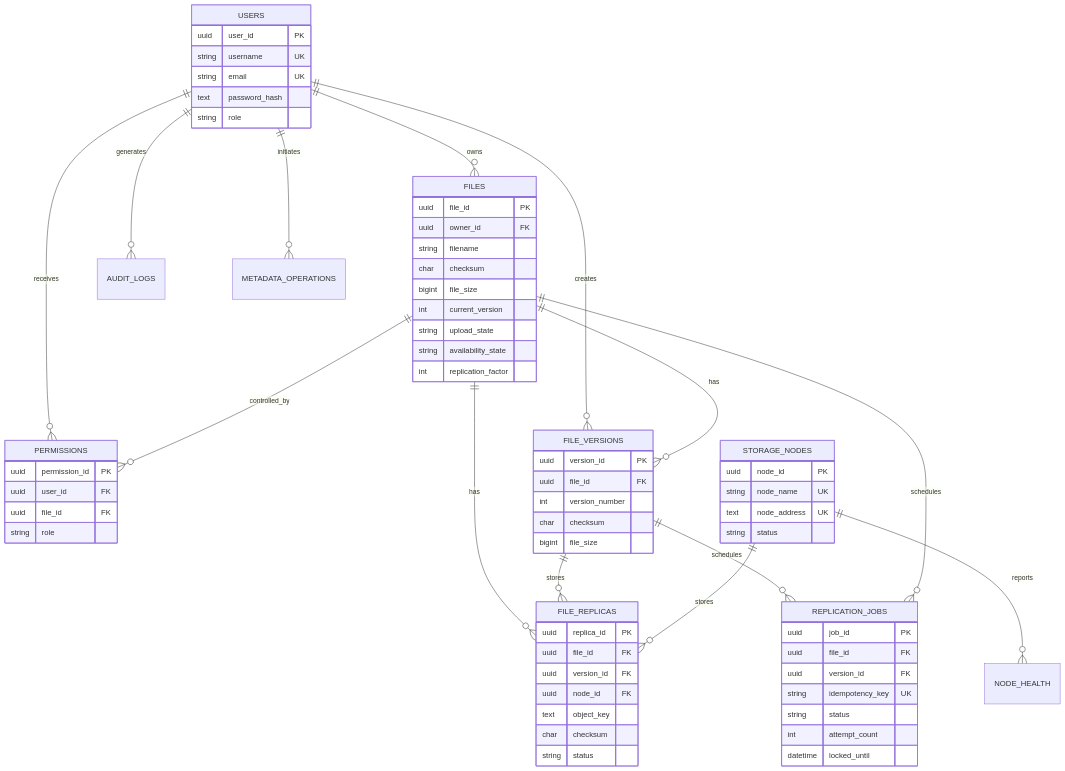
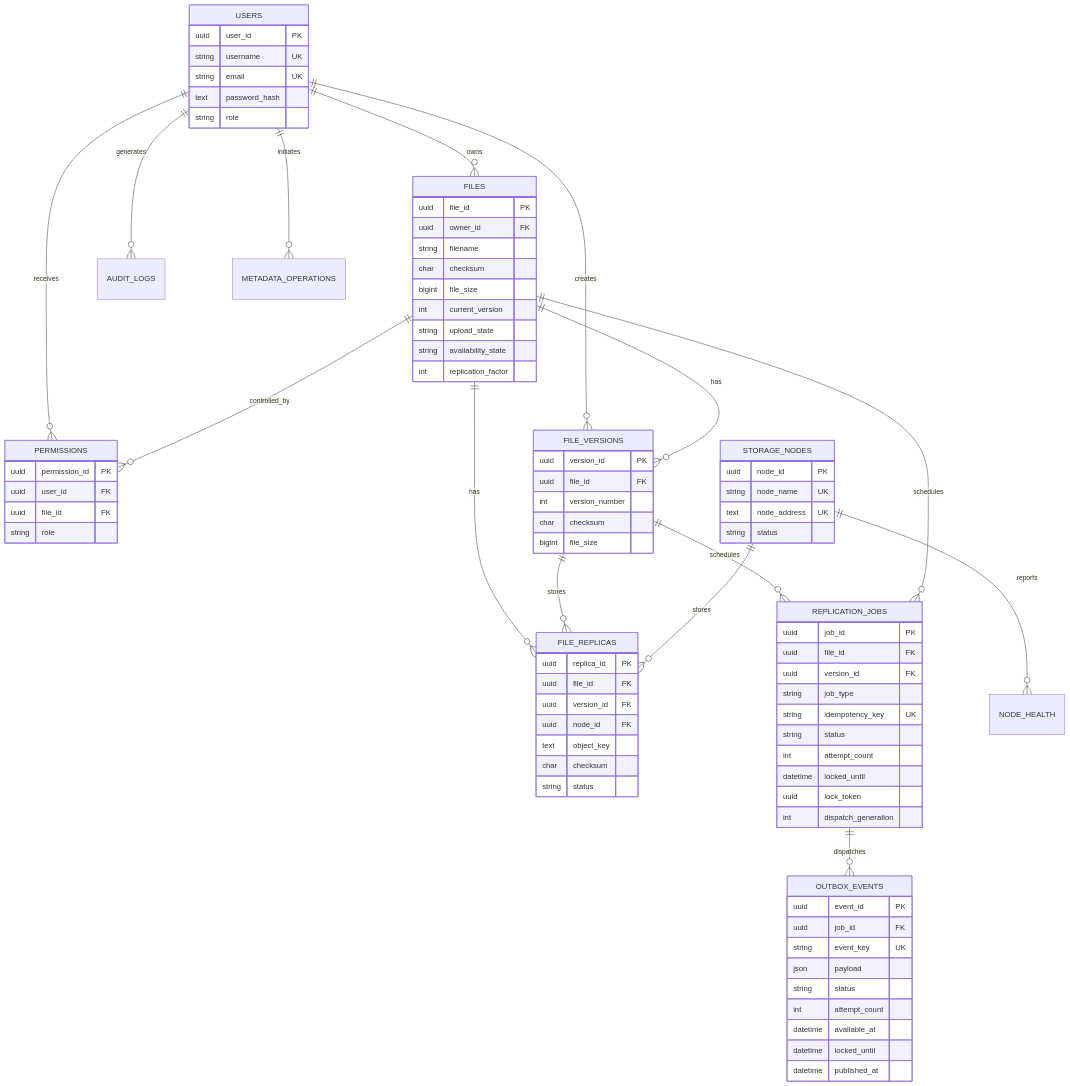
Before and after one commit to ronnie0507/distributed-file-management-system: the diagram in docs/database.md, drawn with Mermaid. The commit also changed other lines of this file and 23 other files, not shown here.

```diff
--- a/docs/database.md
+++ b/docs/database.md
@@ -11,6 +11,7 @@
     FILES ||--o{ FILE_REPLICAS : has
     FILE_VERSIONS ||--o{ FILE_REPLICAS : stores
     FILE_VERSIONS ||--o{ REPLICATION_JOBS : schedules
+    REPLICATION_JOBS ||--o{ OUTBOX_EVENTS : dispatches
     FILES ||--o{ PERMISSIONS : controlled_by
     STORAGE_NODES ||--o{ FILE_REPLICAS : stores
     STORAGE_NODES ||--o{ NODE_HEALTH : reports
@@ -60,10 +61,24 @@
         uuid job_id PK
         uuid file_id FK
         uuid version_id FK
+        string job_type
         string idempotency_key UK
         string status
         int attempt_count
         datetime locked_until
+        uuid lock_token
+        int dispatch_generation
+    }
+    OUTBOX_EVENTS {
+        uuid event_id PK
+        uuid job_id FK
+        string event_key UK
+        json payload
+        string status
+        int attempt_count
+        datetime available_at
+        datetime locked_until
+        datetime published_at
     }
     PERMISSIONS {
         uuid permission_id PK
```
